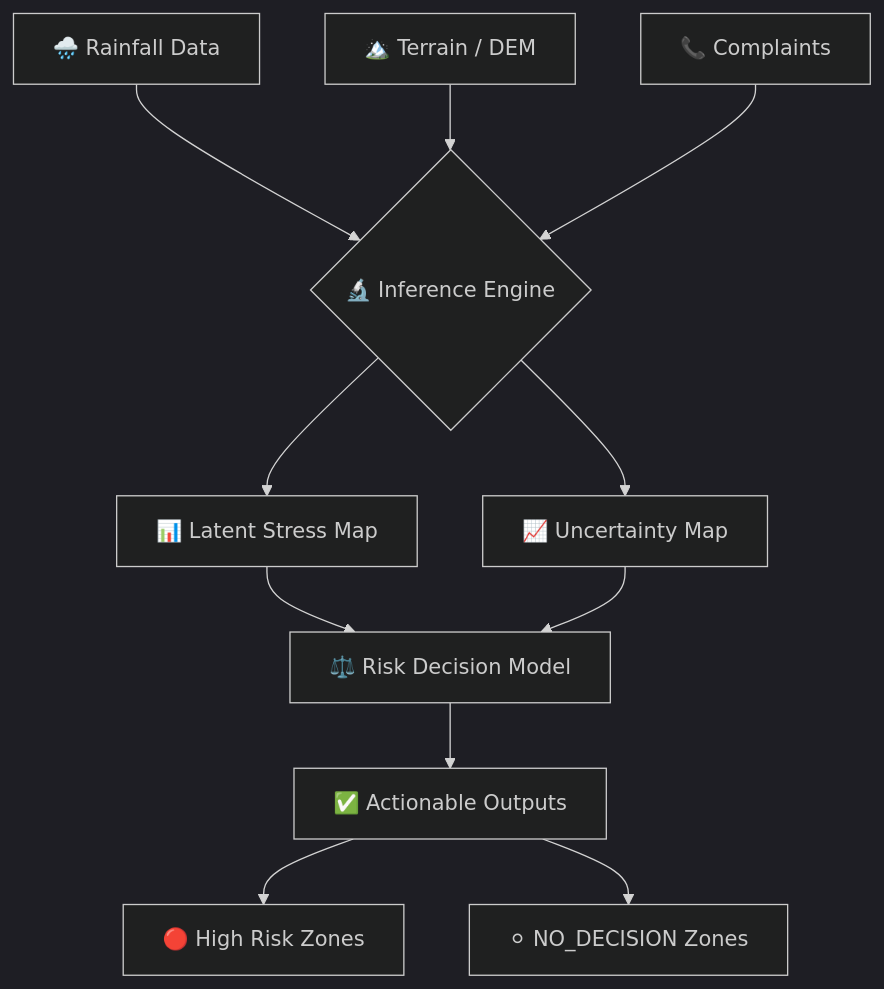
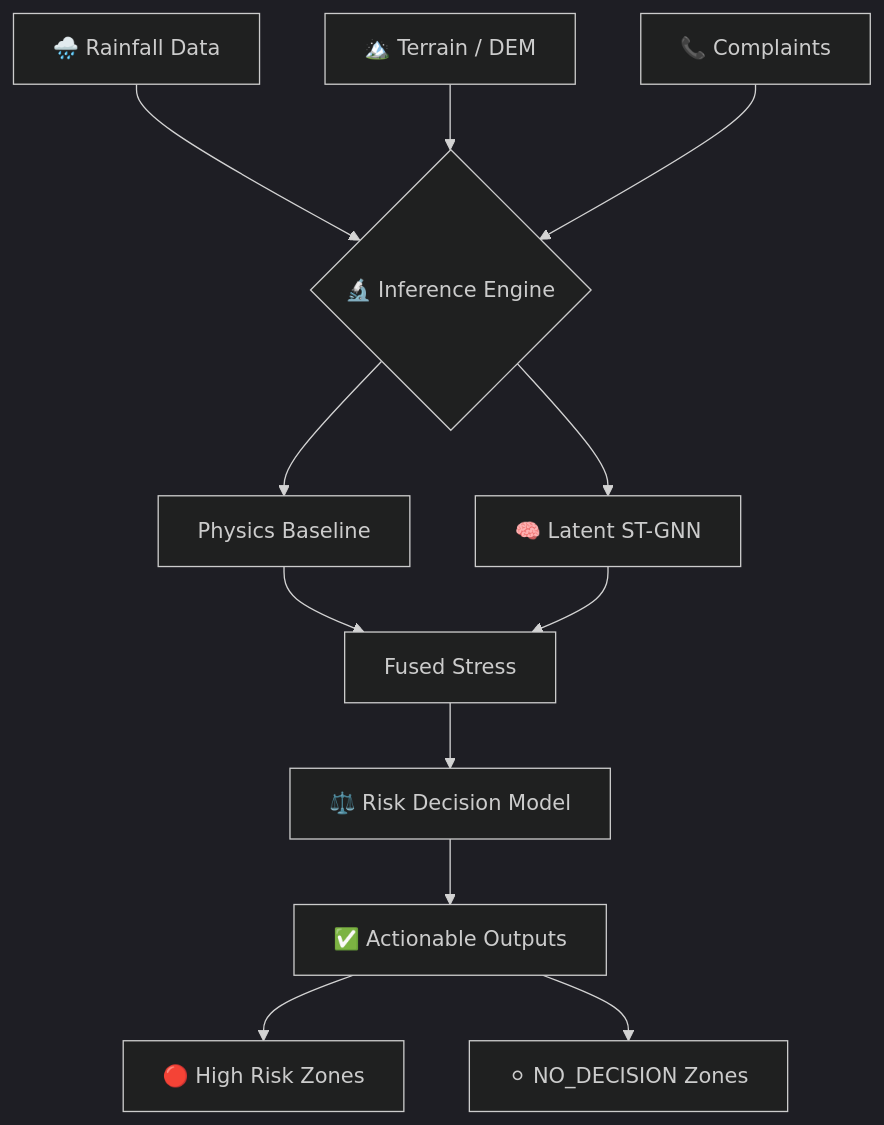
Before and after one commit to imshivanshutiwari/urban-drainage-stress: the diagram in README.md, drawn with Mermaid (dark theme). The commit also changed other lines of this file and 50 other files, not shown here.

First line of the commit message:
feat: Complete Latent ST-GNN architecture with OOD-aware uncertainty

````diff
--- a/README.md
+++ b/README.md
@@ -38,16 +72,18 @@
 ```mermaid
 graph TD
     A[🌧️ Rainfall Data] --> C{🔬 Inference Engine}
     B[🏔️ Terrain / DEM] --> C
     D[📞 Complaints] --> C
     
-    C --> E[📊 Latent Stress Map]
-    C --> F[📈 Uncertainty Map]
+    C --> P[Physics Baseline]
+    C --> L[🧠 Latent ST-GNN]
     
-    E --> G[⚖️ Risk Decision Model]
-    F --> G
+    P --> F[Fused Stress]
+    L --> F
+    
+    F --> G[⚖️ Risk Decision Model]
     
     G --> H[✅ Actionable Outputs]
     H --> I[🔴 High Risk Zones]
     H --> J[⚪ NO_DECISION Zones]
 ```
````
